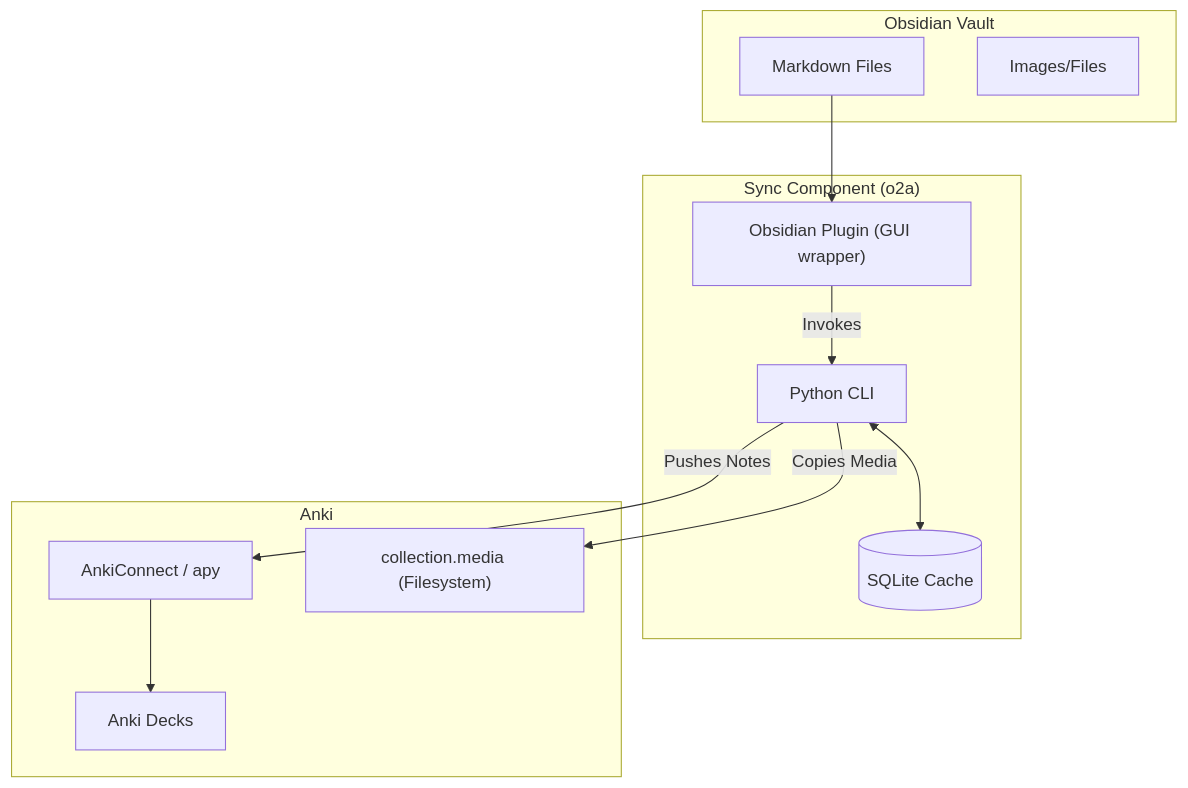
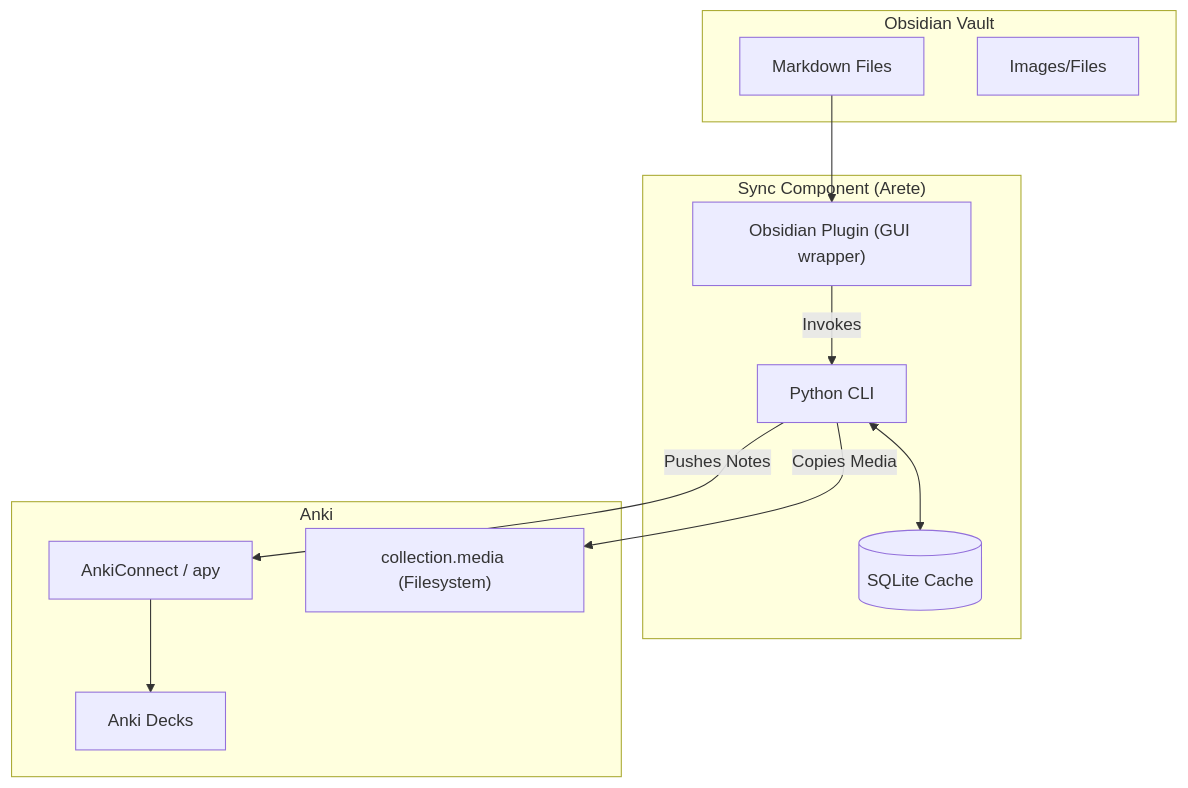
The diagram in README.md (Adanato/Arete), drawn with Mermaid before and after one commit. The commit also changed other lines of this file and 26 other files, not shown here.

````diff
--- a/README.md
+++ b/README.md
@@ -7,26 +7,26 @@
 ```mermaid
 graph TD
     subgraph "Obsidian Vault"
         MD["Markdown Files"]
         Media["Images/Files"]
     end
 
-    subgraph "Sync Component (o2a)"
+    subgraph "Sync Component (Arete)"
         CLI["Python CLI"]
         Plugin["Obsidian Plugin (GUI wrapper)"]
         Cache[("SQLite Cache")]
     end
 
     subgraph "Anki"
         AC["AnkiConnect / apy"]
         CollectionMedia["collection.media (Filesystem)"]
         Cards["Anki Decks"]
     end
 
     MD --> Plugin
     Plugin -- "Invokes" --> CLI
     CLI <--> Cache
     CLI -- "Pushes Notes" --> AC
     CLI -- "Copies Media" --> CollectionMedia
     AC --> Cards
 ```
````
